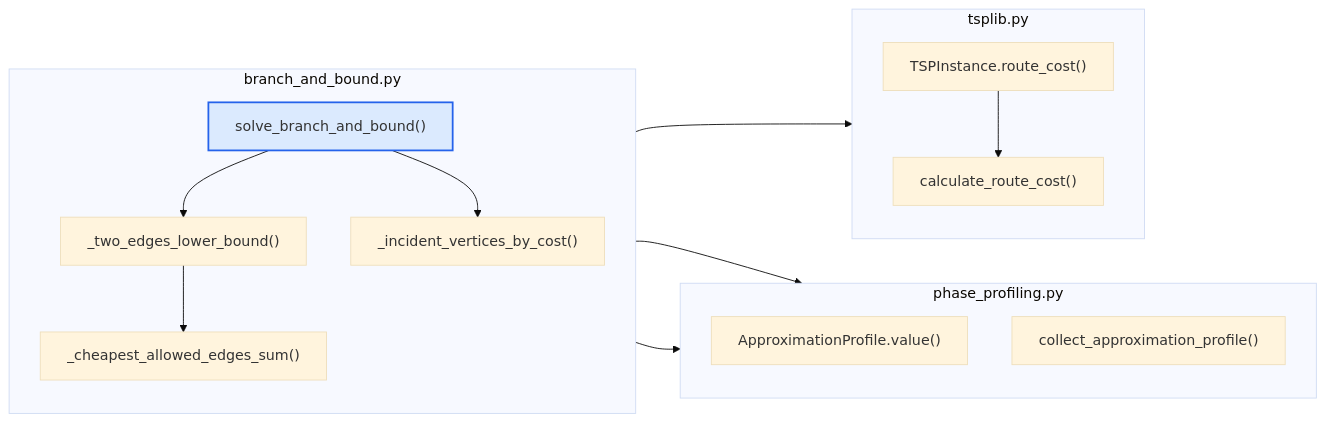
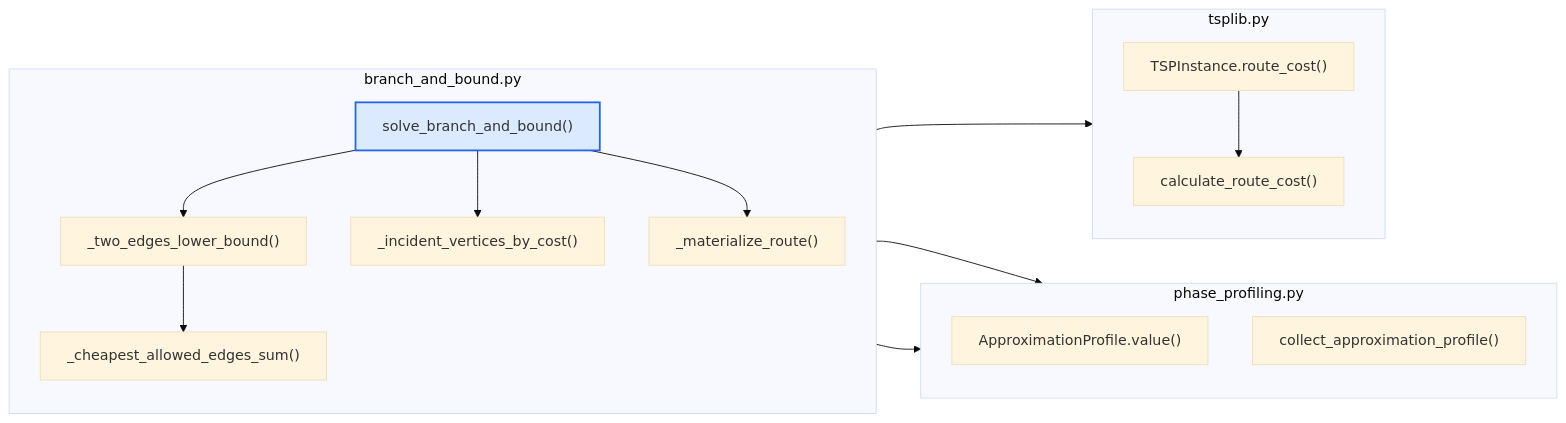
The fifth of 12 diagrams in docs/architecture.md (ChrystianMelo/TravelingSalesmanOptimization), drawn with Mermaid (base theme) before and after one commit. The commit also changed other lines of this file and 32 other files, not shown here.

Commit message:
Expand generated architecture and strategy documentation.

````diff
--- a/docs/architecture.md
+++ b/docs/architecture.md
@@ -187,30 +214,32 @@
 ```mermaid
 %% Gerado por scripts/generate_diagrams.py a partir da saída do Code2flow.
 flowchart LR
   subgraph module_branch_and_bound["branch_and_bound.py"]
     direction TB
     n0["_cheapest_allowed_edges_sum()"]
     n1["_incident_vertices_by_cost()"]
-    n2["_two_edges_lower_bound()"]
-    n3["solve_branch_and_bound()"]
+    n2["_materialize_route()"]
+    n3["_two_edges_lower_bound()"]
+    n4["solve_branch_and_bound()"]
   end
   subgraph module_phase_profiling["phase_profiling.py"]
     direction TB
-    n4["ApproximationProfile.value()"]
-    n5["collect_approximation_profile()"]
+    n5["ApproximationProfile.value()"]
+    n6["collect_approximation_profile()"]
   end
   subgraph module_tsplib["tsplib.py"]
     direction TB
-    n6["TSPInstance.route_cost()"]
-    n7["calculate_route_cost()"]
+    n7["TSPInstance.route_cost()"]
+    n8["calculate_route_cost()"]
   end
-  n2 --> n0
-  n3 --> n1
-  n3 --> n2
-  n3 --> n4
-  n3 --> n5
-  n3 --> n6
-  n6 --> n7
+  n3 --> n0
+  n4 --> n1
+  n4 --> n2
+  n4 --> n3
+  n4 --> n5
+  n4 --> n6
+  n4 --> n7
+  n7 --> n8
   classDef entry fill:#dbeafe,stroke:#2563eb,stroke-width:2px
-  class n3 entry
+  class n4 entry
 ```
````
